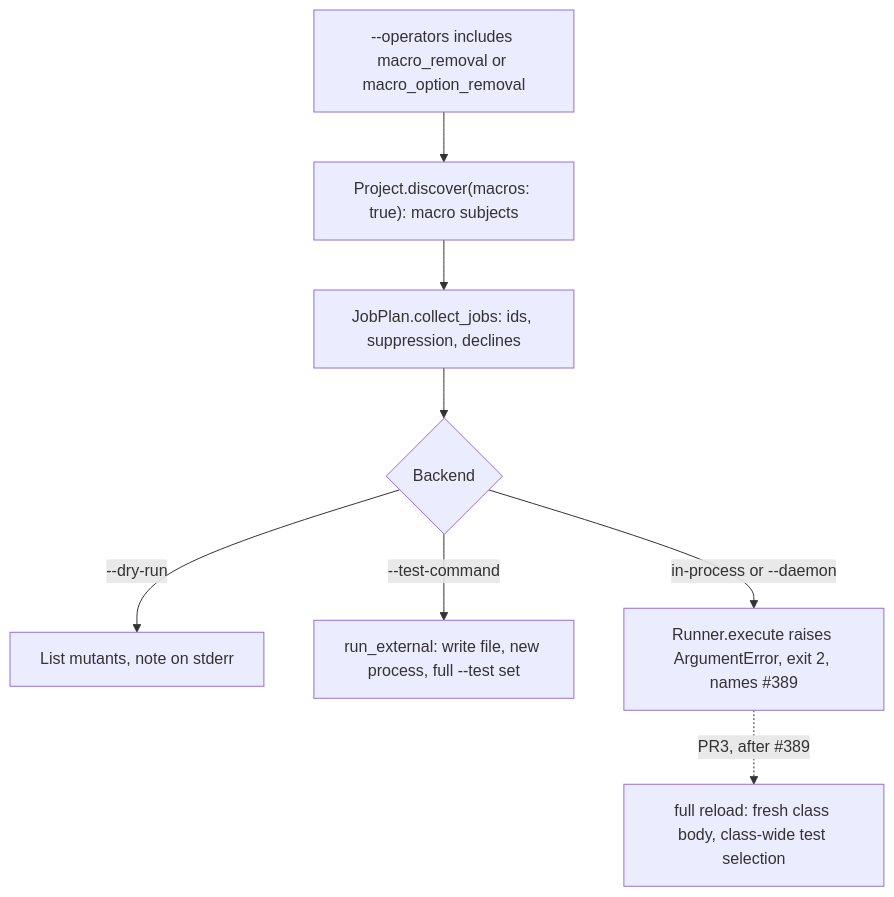
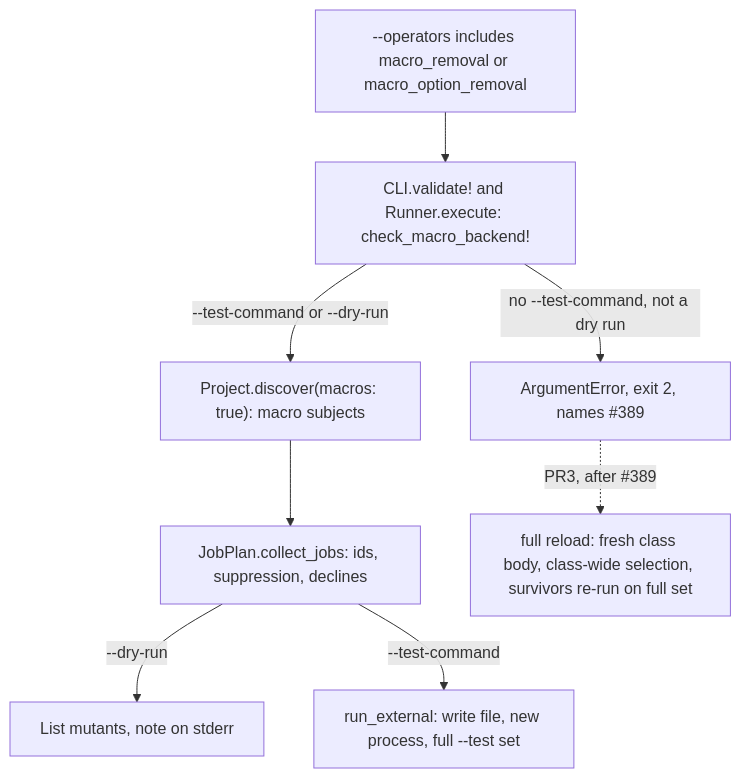
Before and after one commit to davidteren/mutineer: the diagram in docs/plans/2026-11-10-397-feat-class-body-macro-mutants-plan.md, drawn with Mermaid. The commit also changed other lines of this file and 14 other files, not shown here.

````diff
--- a/docs/plans/2026-11-10-397-feat-class-body-macro-mutants-plan.md
+++ b/docs/plans/2026-11-10-397-feat-class-body-macro-mutants-plan.md
@@ -173,10 +225,10 @@
 ```mermaid
 flowchart TB
-  O["--operators includes macro_removal or macro_option_removal"] --> D["Project.discover(macros: true): macro subjects"]
+  O["--operators includes macro_removal or macro_option_removal"] --> V["CLI.validate! and Runner.execute: check_macro_backend!"]
+  V -->|"no --test-command, not a dry run"| E["ArgumentError, exit 2, names #389"]
+  V -->|"--test-command or --dry-run"| D["Project.discover(macros: true): macro subjects"]
   D --> J["JobPlan.collect_jobs: ids, suppression, declines"]
-  J --> B{"Backend"}
-  B -->|"--dry-run"| L["List mutants, note on stderr"]
-  B -->|"--test-command"| X["run_external: write file, new process, full --test set"]
-  B -->|"in-process or --daemon"| E["Runner.execute raises ArgumentError, exit 2, names #389"]
-  E -.->|"PR3, after #389"| F["full reload: fresh class body, class-wide test selection"]
+  J -->|"--dry-run"| L["List mutants, note on stderr"]
+  J -->|"--test-command"| X["run_external: write file, new process, full --test set"]
+  E -.->|"PR3, after #389"| F["full reload: fresh class body, class-wide selection, survivors re-run on full set"]
 ```
````
